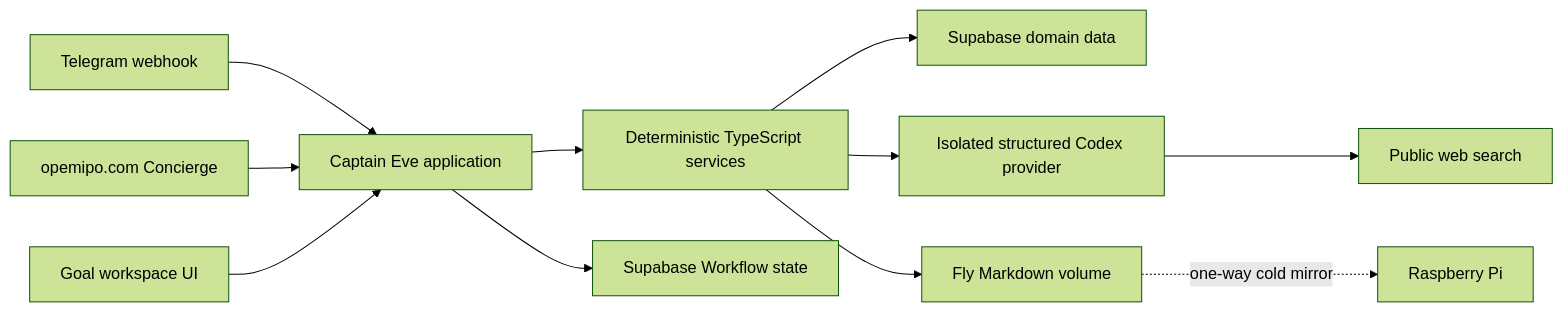
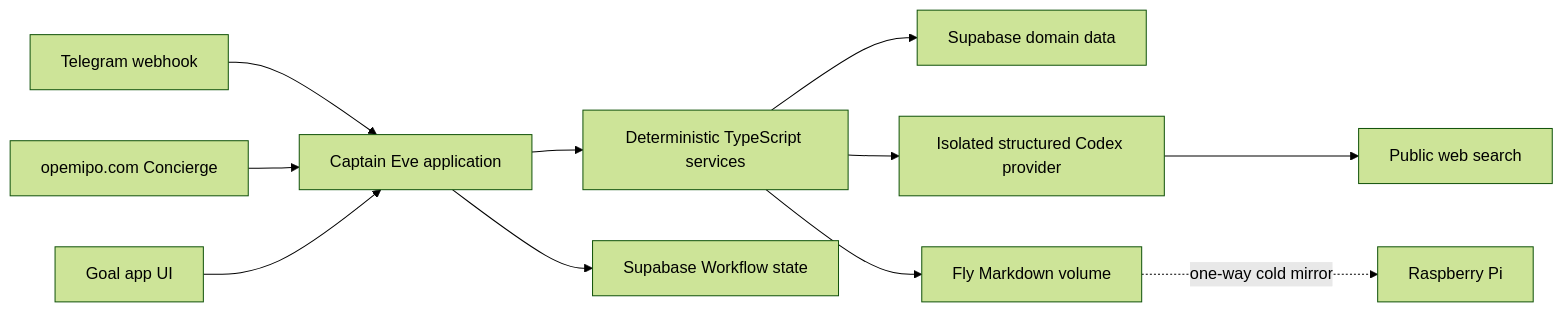
The diagram in docs/architecture.md (moonlight-ng/captain), drawn with Mermaid (forest theme) before and after one commit. The commit also changed other lines of this file and 3 other files, not shown here.

````diff
--- a/docs/architecture.md
+++ b/docs/architecture.md
@@ -13,13 +13,13 @@
 ```mermaid
 flowchart LR
   Telegram[Telegram webhook] --> Eve[Captain Eve application]
   Concierge[opemipo.com Concierge] --> Eve
-  Workspace[Goal workspace UI] --> Eve
+  App[Goal app UI] --> Eve
   Eve --> Services[Deterministic TypeScript services]
   Eve --> Workflow[Supabase Workflow state]
   Services --> Domain[Supabase domain data]
   Services --> Codex[Isolated structured Codex provider]
   Codex --> Web[Public web search]
   Services --> Memory[Fly Markdown volume]
   Memory -. one-way cold mirror .-> Pi[Raspberry Pi]
 ```
````
